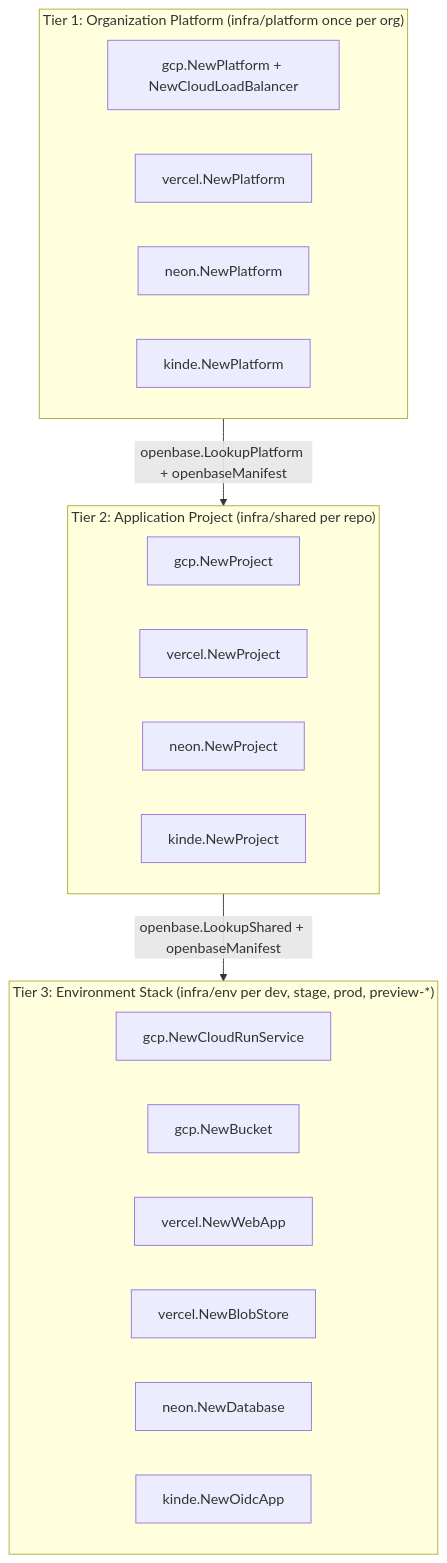
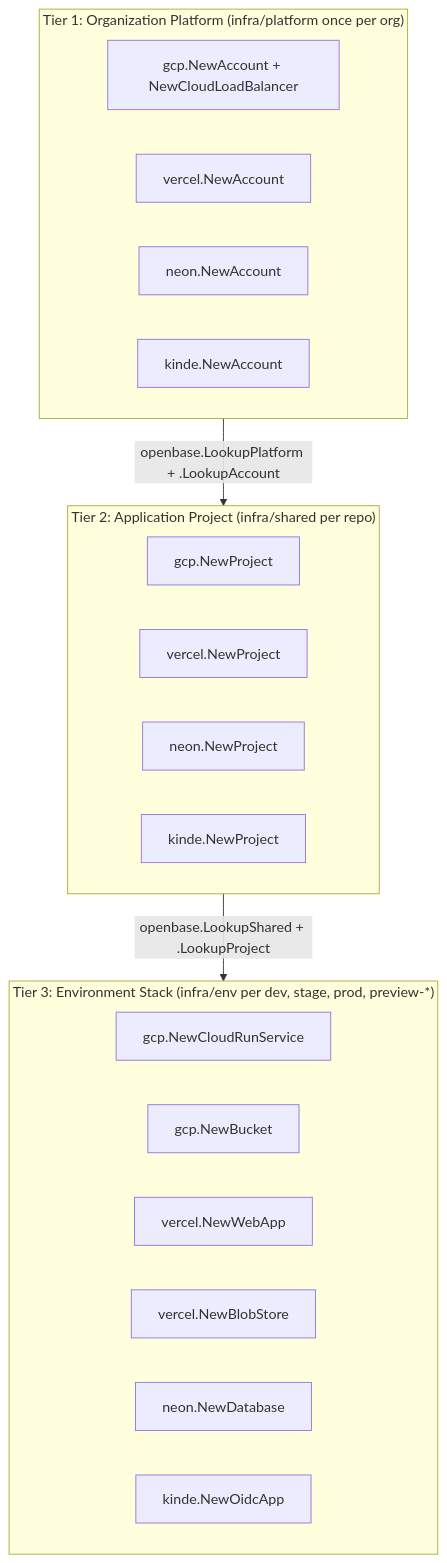
Before and after one commit to cloudvoyant/openbase: the first of 2 diagrams in docs/architecture/index.md, drawn with Mermaid. The commit also changed other lines of this file and 64 other files, not shown here.

````diff
--- a/docs/architecture/index.md
+++ b/docs/architecture/index.md
@@ -27,28 +27,28 @@
 ```mermaid
 flowchart TD
     subgraph Tier1["Tier 1: Organization Platform (infra/platform once per org)"]
-        GCPPlat["gcp.NewPlatform + NewCloudLoadBalancer"]
-        VerPlat["vercel.NewPlatform"]
-        NeonPlat["neon.NewPlatform"]
-        KindePlat["kinde.NewPlatform"]
+        GCPAcc["gcp.NewAccount + NewCloudLoadBalancer"]
+        VerAcc["vercel.NewAccount"]
+        NeonAcc["neon.NewAccount"]
+        KindeAcc["kinde.NewAccount"]
     end
 
     subgraph Tier2["Tier 2: Application Project (infra/shared per repo)"]
         GCPProj["gcp.NewProject"]
         VerProj["vercel.NewProject"]
         NeonProj["neon.NewProject"]
         KindeProj["kinde.NewProject"]
     end
 
     subgraph Tier3["Tier 3: Environment Stack (infra/env per dev, stage, prod, preview-*)"]
         CR["gcp.NewCloudRunService"]
         Bkt["gcp.NewBucket"]
         Web["vercel.NewWebApp"]
         Blob["vercel.NewBlobStore"]
         DB["neon.NewDatabase"]
         OIDC["kinde.NewOidcApp"]
     end
 
-    Tier1 -->|"openbase.LookupPlatform + openbaseManifest"| Tier2
-    Tier2 -->|"openbase.LookupShared + openbaseManifest"| Tier3
+    Tier1 -->|"openbase.LookupPlatform + <pkg>.LookupAccount"| Tier2
+    Tier2 -->|"openbase.LookupShared + <pkg>.LookupProject"| Tier3
 ```
````
